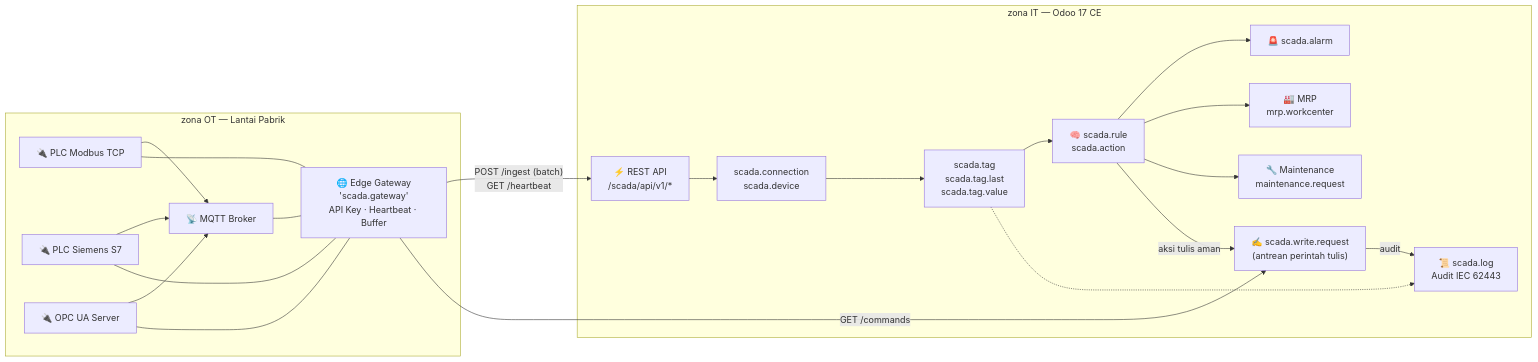
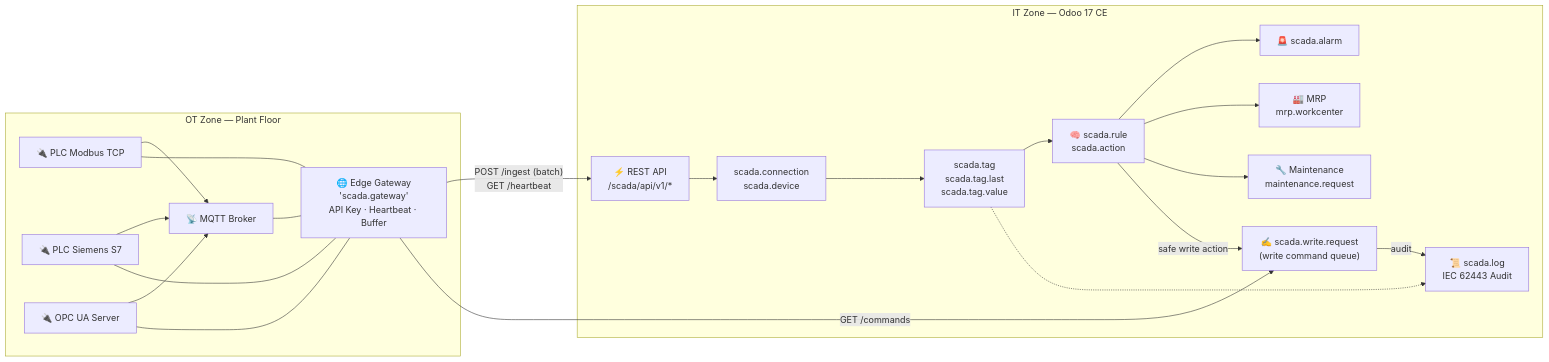
The first of 2 diagrams in scada_plc_connector/README.md (azazil-dev/odoo-scada-plc-connector), drawn with Mermaid before and after one commit. The commit also changed other lines of this file and 12 other files, not shown here.

````diff
--- a/scada_plc_connector/README.md
+++ b/scada_plc_connector/README.md
@@ -72,35 +71,35 @@
 ```mermaid
 flowchart LR
-    subgraph OT[" zona OT — Lantai Pabrik "]
+    subgraph OT[" OT Zone — Plant Floor "]
         PLC1["🔌 PLC Modbus TCP"]
         PLC2["🔌 PLC Siemens S7"]
         PLC3["🔌 OPC UA Server"]
         BROKER["📡 MQTT Broker"]
         GW["🌐 Edge Gateway<br/>'scada.gateway'<br/>API Key · Heartbeat · Buffer"]
     end
 
-    subgraph ODOO[" zona IT — Odoo 17 CE "]
+    subgraph ODOO[" IT Zone — Odoo 17 CE "]
         API["⚡ REST API<br/>/scada/api/v1/*"]
         CONN["scada.connection<br/>scada.device"]
         TAG["scada.tag<br/>scada.tag.last<br/>scada.tag.value"]
         RULE["🧠 scada.rule<br/>scada.action"]
         ALARM["🚨 scada.alarm"]
-        WRITE["✍️ scada.write.request<br/>(antrean perintah tulis)"]
-        AUDIT["📜 scada.log<br/>Audit IEC 62443"]
+        WRITE["✍️ scada.write.request<br/>(write command queue)"]
+        AUDIT["📜 scada.log<br/>IEC 62443 Audit"]
         MRP["🏭 MRP<br/>mrp.workcenter"]
         MAINT["🔧 Maintenance<br/>maintenance.request"]
     end
 
     PLC1 & PLC2 & PLC3 --> BROKER
     PLC1 & PLC2 & PLC3 --- GW
     BROKER --- GW
     GW -- "POST /ingest (batch)<br/>GET /heartbeat" --> API
     GW -- "GET /commands" --> WRITE
     API --> CONN --> TAG
     TAG --> RULE --> ALARM
     RULE --> MRP
     RULE --> MAINT
-    RULE -- "aksi tulis aman" --> WRITE
+    RULE -- "safe write action" --> WRITE
     WRITE -- "audit" --> AUDIT
     TAG -.-> AUDIT
 ```
````
